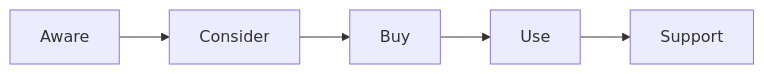
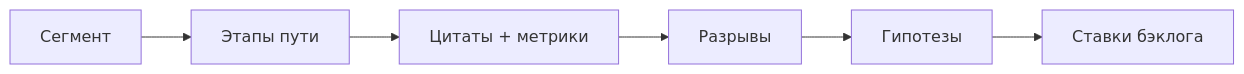
Before and after one commit to AlexanderNY/cursor_test: the diagram in nine-to-eighteen/ui/src/data/learn/product/pm03-cjm.md, drawn with Mermaid. The commit also changed other lines of this file and 3060 other files, not shown here.

````diff
--- a/nine-to-eighteen/ui/src/data/learn/product/pm03-cjm.md
+++ b/nine-to-eighteen/ui/src/data/learn/product/pm03-cjm.md
@@ -58,4 +104,8 @@
 ```mermaid
 flowchart LR
-  A[Aware] --> C[Consider] --> B[Buy] --> U[Use] --> S[Support]
+  Segment[Сегмент] --> Stages[Этапы пути]
+  Stages --> Evidence[Цитаты + метрики]
+  Evidence --> Gaps[Разрывы]
+  Gaps --> Hyp[Гипотезы]
+  Hyp --> Backlog[Ставки бэклога]
 ```
````
